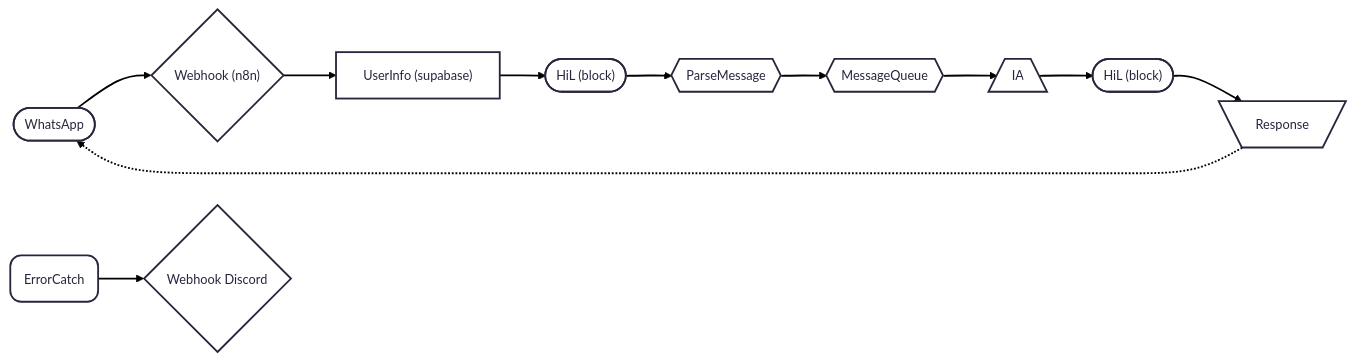
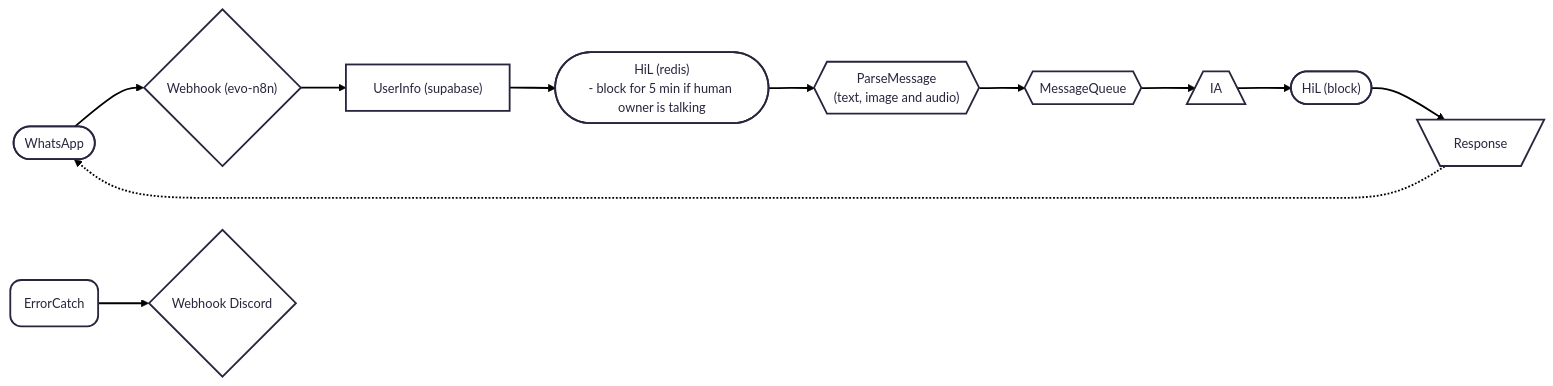
One commit to lucasnfarias/ai-agents-n8n changed the diagram in README.md. Above: the diagram before and after it, drawn with Mermaid. The commit also changed other lines of this file, not shown here.

````diff
--- a/README.md
+++ b/README.md
@@ -3,25 +5,25 @@
 ```mermaid
 ---
 config:
   theme: redux
   layout: dagre
 ---
 flowchart LR
-    A(["WhatsApp"]) --> B{"Webhook (n8n)"}
+    A(["WhatsApp"]) --> B{"Webhook (evo-n8n)"}
     B --> D["UserInfo (supabase)"]
-    D --> n1(["HiL (block)"])
-    n1 --> n3["ParseMessage"]
+    D --> n1(["HiL (redis)<br>- block for 5 min if human owner is talking"])
+    n1 --> n3["ParseMessage<br>(text, image and audio)"]
     n3 --> n4["MessageQueue"]
     n4 --> n5["IA"]
     n5 --> n2(["HiL (block)"])
     n2 --> n6["Response"]
     n6 -.-> A
     n7["ErrorCatch"] --> n8["Webhook Discord"]
     n3@{ shape: hex}
     n4@{ shape: hex}
     n5@{ shape: trap-b}
     n6@{ shape: trap-t}
     n7@{ shape: rounded}
     n8@{ shape: diam}
 
 ```
````
